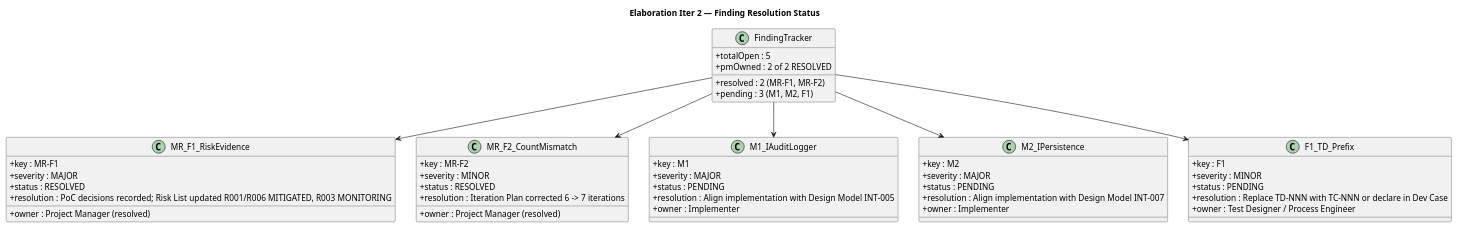
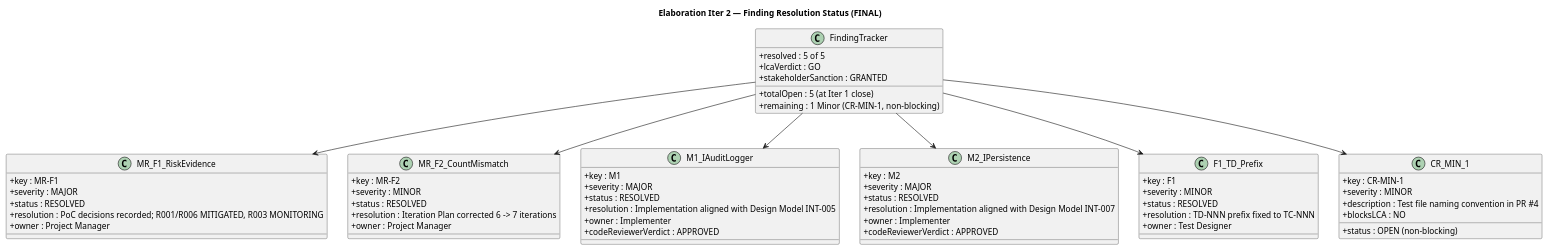
One commit to banense-test/portal-cuba-corp changed the second of 4 diagrams in docs/artifacts/project-management/iteration-assessment.md. Above: the diagram before and after it, drawn with PlantUML. The commit also changed other lines of this file, not shown here.

First line of the commit message:
Project Manager [E2]: upsert Iteration Assessment

````diff
--- a/docs/artifacts/project-management/iteration-assessment.md
+++ b/docs/artifacts/project-management/iteration-assessment.md
@@ -212,61 +237,73 @@
 ```plantuml
 @startuml
-title Elaboration Iter 2 — Finding Resolution Status
+title Elaboration Iter 2 — Finding Resolution Status (FINAL)
 
 skinparam classAttributeIconSize 0
 
 class FindingTracker {
-  + totalOpen : 5
-  + resolved : 2 (MR-F1, MR-F2)
-  + pending : 3 (M1, M2, F1)
-  + pmOwned : 2 of 2 RESOLVED
+  + totalOpen : 5 (at Iter 1 close)
+  + resolved : 5 of 5
+  + remaining : 1 Minor (CR-MIN-1, non-blocking)
+  + lcaVerdict : GO
+  + stakeholderSanction : GRANTED
 }
 
 class MR_F1_RiskEvidence {
   + key : MR-F1
   + severity : MAJOR
   + status : RESOLVED
-  + resolution : PoC decisions recorded; Risk List updated R001/R006 MITIGATED, R003 MONITORING
-  + owner : Project Manager (resolved)
+  + resolution : PoC decisions recorded; R001/R006 MITIGATED, R003 MONITORING
+  + owner : Project Manager
 }
 
 class MR_F2_CountMismatch {
   + key : MR-F2
   + severity : MINOR
   + status : RESOLVED
   + resolution : Iteration Plan corrected 6 -> 7 iterations
-  + owner : Project Manager (resolved)
+  + owner : Project Manager
 }
 
 class M1_IAuditLogger {
   + key : M1
   + severity : MAJOR
-  + status : PENDING
-  + resolution : Align implementation with Design Model INT-005
+  + status : RESOLVED
+  + resolution : Implementation aligned with Design Model INT-005
   + owner : Implementer
+  + codeReviewerVerdict : APPROVED
 }
 
 class M2_IPersistence {
   + key : M2
   + severity : MAJOR
-  + status : PENDING
-  + resolution : Align implementation with Design Model INT-007
+  + status : RESOLVED
+  + resolution : Implementation aligned with Design Model INT-007
   + owner : Implementer
+  + codeReviewerVerdict : APPROVED
 }
 
 class F1_TD_Prefix {
   + key : F1
   + severity : MINOR
-  + status : PENDING
-  + resolution : Replace TD-NNN with TC-NNN or declare in Dev Case
-  + owner : Test Designer / Process Engineer
+  + status : RESOLVED
+  + resolution : TD-NNN prefix fixed to TC-NNN
+  + owner : Test Designer
+}
+
+class CR_MIN_1 {
+  + key : CR-MIN-1
+  + severity : MINOR
+  + status : OPEN (non-blocking)
+  + description : Test file naming convention in PR #4
+  + blocksLCA : NO
 }
 
 FindingTracker --> MR_F1_RiskEvidence
 FindingTracker --> MR_F2_CountMismatch
 FindingTracker --> M1_IAuditLogger
 FindingTracker --> M2_IPersistence
 FindingTracker --> F1_TD_Prefix
+FindingTracker --> CR_MIN_1
 
 @enduml
 ```
````
